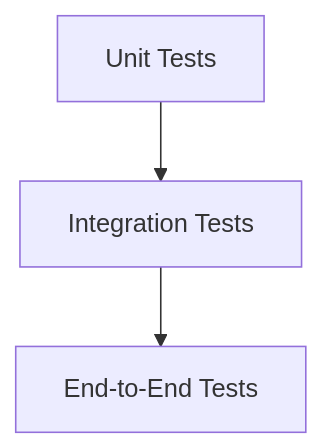
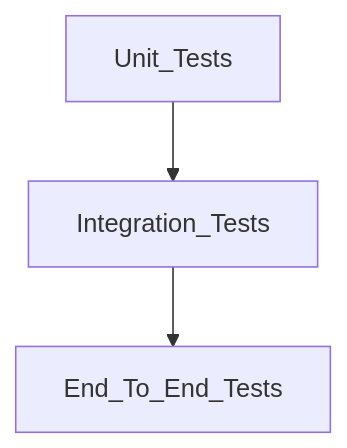
Before and after one commit to kulvitaly/gen-ai-software-engineering: the diagram in homework-2/docs/TESTING_GUIDE.md, drawn with Mermaid. The commit also changed other lines of this file and 24 other files, not shown here.

````diff
--- a/homework-2/docs/TESTING_GUIDE.md
+++ b/homework-2/docs/TESTING_GUIDE.md
@@ -9,5 +18,5 @@
 ```mermaid
 graph TD
-    A[Unit Tests] --> B[Integration Tests]
-    B --> C[End-to-End Tests]
+    UnitTests[Unit_Tests] --> IntegrationTests[Integration_Tests]
+    IntegrationTests --> EndToEndTests[End_To_End_Tests]
 ```
````
